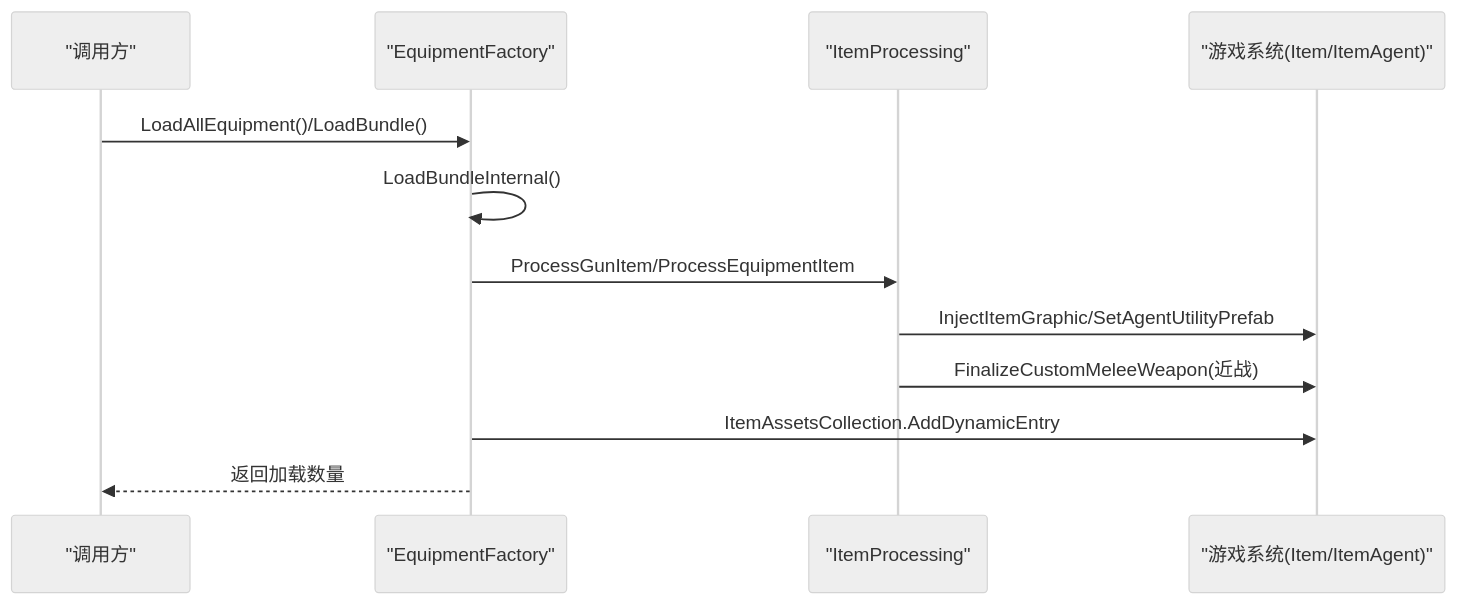
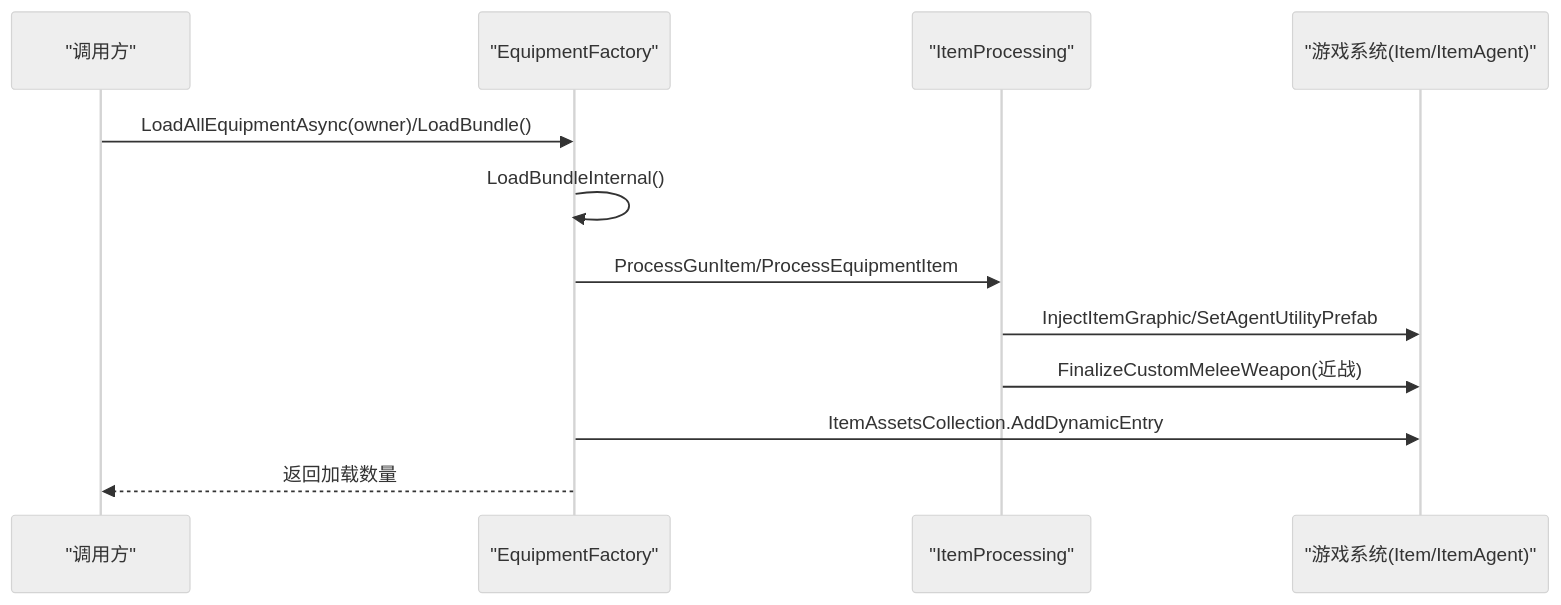
Before and after one commit to GASEN1216/BossRushMod: the second of 8 diagrams in .qoder/repowiki/zh/content/装备与物品系统/装备框架与工厂系统/模型绑定系统.md, drawn with Mermaid (neutral theme). The commit also changed other lines of this file and 315 other files, not shown here.

Commit message:
v2.6.0：收集品 100 件与收藏册（开箱额外一格、九图两全图系列与珍品、集齐奖励、杰夫引导 590217、陈列柜实物与 6–8 档格框），全部物品图标按原版画风重画并统一到 ModItemIcons + Publish；资源读取统一为 ModSprites、ResourceBundleLoader、JsonDataRegistry、BossRushOfficialAudio、GetModPath 五个入口并删过期加载代码，修好从未响过的龙王武器射击音；主角枪械暴击率加成改为爆头伤害，收集品审核七条全修

````diff
--- a/.qoder/repowiki/zh/content/装备与物品系统/装备框架与工厂系统/模型绑定系统.md
+++ b/.qoder/repowiki/zh/content/装备与物品系统/装备框架与工厂系统/模型绑定系统.md
@@ -101,14 +101,14 @@
 ```mermaid
 sequenceDiagram
 participant Caller as "调用方"
 participant Factory as "EquipmentFactory"
 participant Proc as "ItemProcessing"
 participant Game as "游戏系统(Item/ItemAgent)"
-Caller->>Factory : LoadAllEquipment()/LoadBundle()
+Caller->>Factory : LoadAllEquipmentAsync(owner)/LoadBundle()
 Factory->>Factory : LoadBundleInternal()
 Factory->>Proc : ProcessGunItem/ProcessEquipmentItem
 Proc->>Game : InjectItemGraphic/SetAgentUtilityPrefab
 Proc->>Game : FinalizeCustomMeleeWeapon(近战)
 Factory->>Game : ItemAssetsCollection.AddDynamicEntry
 Factory-->>Caller : 返回加载数量
 ```
````
